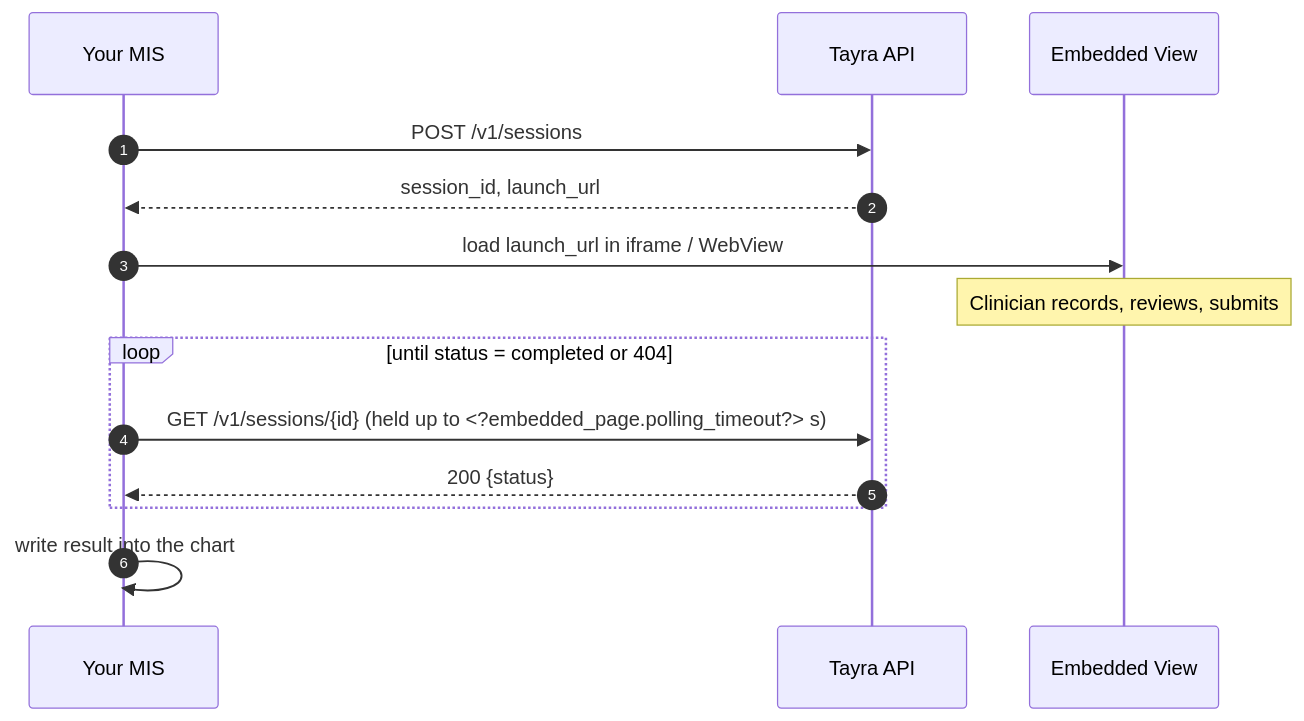
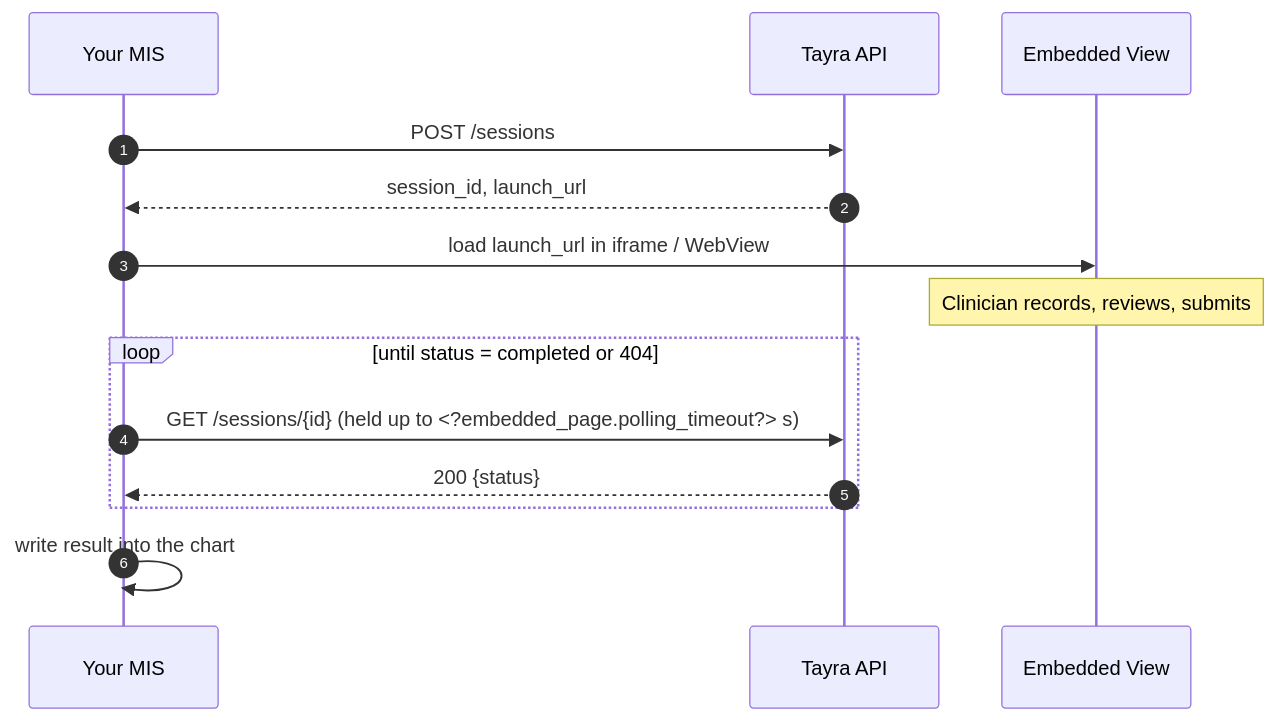
One commit to Tayra-AI/tayra-api-docs changed the diagram in docs/embedded-page.md. Above: the diagram before and after it, drawn with Mermaid. The commit also changed other lines of this file and 1 other file, not shown here.

Commit message:
refactor(embedded page): clarification

````diff
--- a/docs/embedded-page.md
+++ b/docs/embedded-page.md
@@ -26,16 +22,16 @@
 ```mermaid
 sequenceDiagram
   autonumber
   participant E as Your MIS
   participant T as Tayra API
   participant V as Embedded View
-  E->>T: POST /v1/sessions
+  E->>T: POST /sessions
   T-->>E: session_id, launch_url
   E->>V: load launch_url in iframe / WebView
   Note over V: Clinician records, reviews, submits
   loop until status = completed or 404
-    E->>T: GET /v1/sessions/{id} (held up to <?embedded_page.polling_timeout?> s)
+    E->>T: GET /sessions/{id} (held up to <?embedded_page.polling_timeout?> s)
     T-->>E: 200 {status}
   end
   E->>E: write result into the chart
 ```
````
